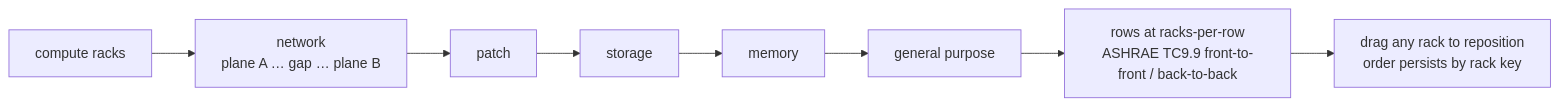
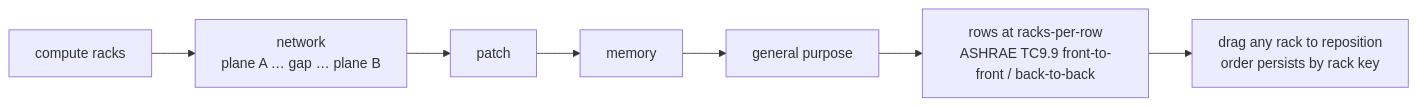
The fifth of 5 diagrams in docs/MODEL-AND-FLOW.md (pduggusa/dugganusa-penguinsizer), drawn with Mermaid before and after one commit. The commit also changed 3 other files, not shown here.

````diff
--- a/docs/MODEL-AND-FLOW.md
+++ b/docs/MODEL-AND-FLOW.md
@@ -264,7 +264,7 @@
 ```mermaid
 flowchart LR
   C["compute racks"] --> N["network<br/>plane A … gap … plane B"]
-  N --> P["patch"] --> S["storage"] --> M["memory"] --> G["general purpose"]
+  N --> P["patch"] --> M["memory"] --> G["general purpose"]
   G --> R["rows at racks-per-row<br/>ASHRAE TC9.9 front-to-front / back-to-back"]
   R --> D["drag any rack to reposition<br/>order persists by rack key"]
 ```
````
